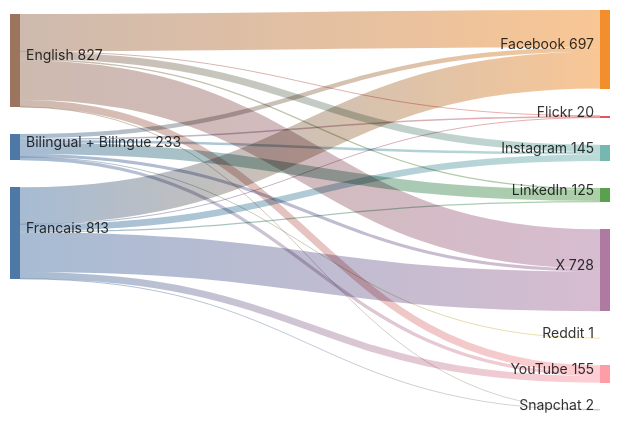
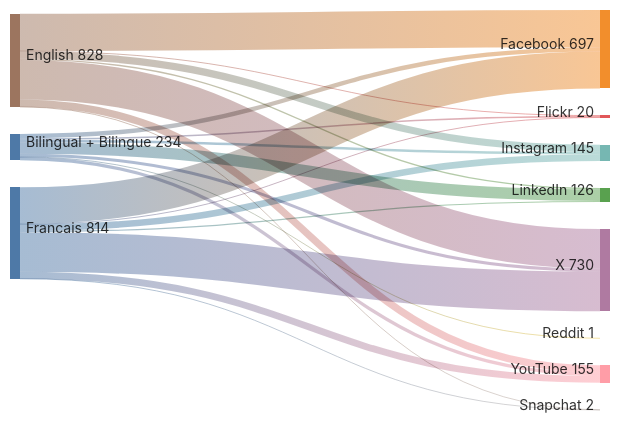
Before and after one commit to PatLittle/GC-Socials: the diagram in sankey_diagram.md, drawn with Mermaid.

Commit message:
Update Sankey diagram for the most recent day

````diff
--- a/sankey_diagram.md
+++ b/sankey_diagram.md
@@ -1,24 +1,24 @@
 ```mermaid
 sankey-beta
   Bilingual + Bilingue,Facebook,39
   Bilingual + Bilingue,Flickr,13
   Bilingual + Bilingue,Instagram,22
-  Bilingual + Bilingue,LinkedIn,102
+  Bilingual + Bilingue,LinkedIn,103
   Bilingual + Bilingue,Reddit,1
   Bilingual + Bilingue,X,27
   Bilingual + Bilingue,YouTube,29
   English,Facebook,331
   English,Flickr,4
   English,Instagram,64
   English,LinkedIn,12
   English,Snapchat,1
-  English,X,350
+  English,X,351
   English,YouTube,65
   Francais,Facebook,327
   Francais,Flickr,3
   Francais,Instagram,59
   Francais,LinkedIn,11
   Francais,Snapchat,1
-  Francais,X,351
+  Francais,X,352
   Francais,YouTube,61
 ```
````
